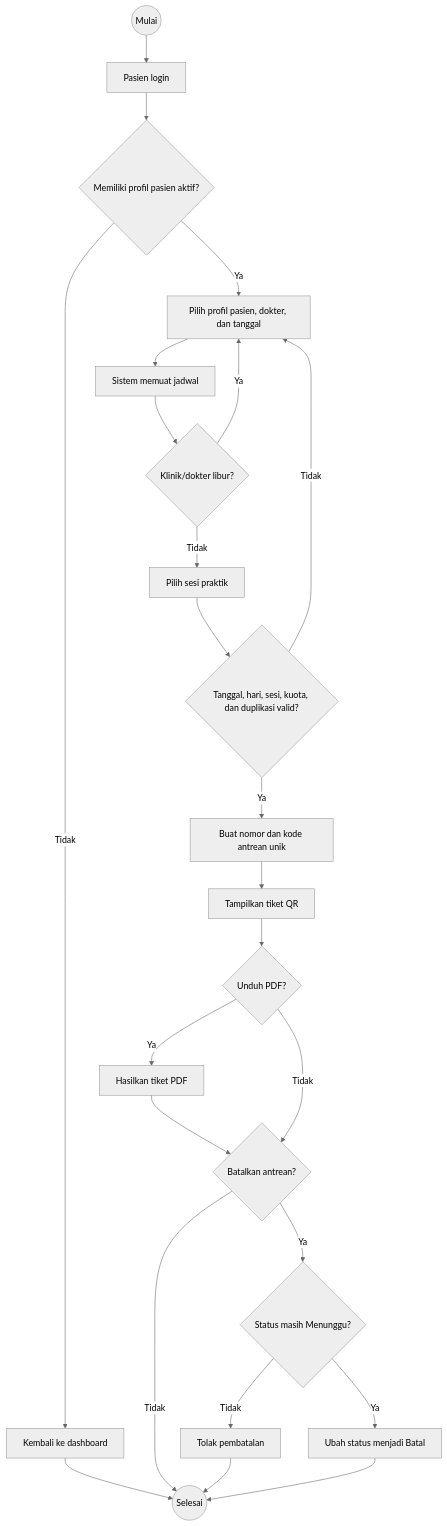
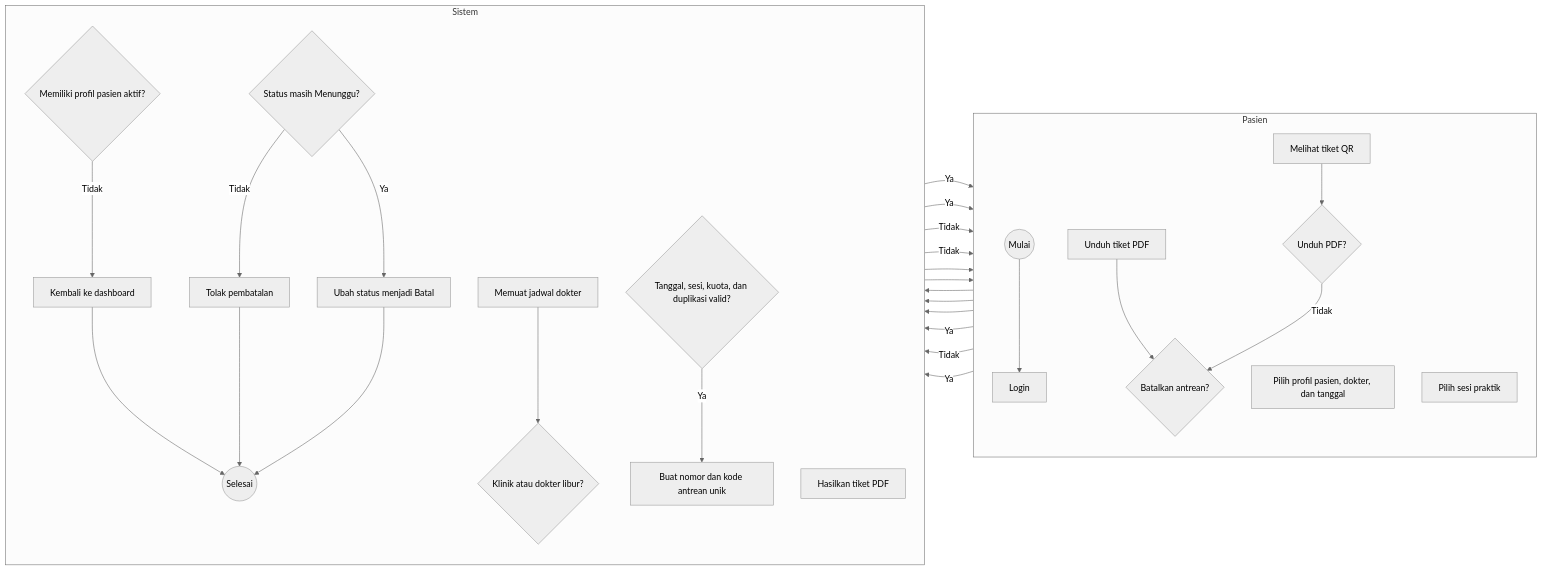
Before and after one commit to Faathir81/Sistem-Informasi-Klinik: the third of 7 diagrams in dokumentasi/spesifikasi-proyek/activity-diagrams.md, drawn with Mermaid (neutral theme). The commit also changed other lines of this file, not shown here.

Commit message:
docs: align project specifications and add swimlane activity diagrams

````diff
--- a/dokumentasi/spesifikasi-proyek/activity-diagrams.md
+++ b/dokumentasi/spesifikasi-proyek/activity-diagrams.md
@@ -51,22 +96,43 @@
 ```mermaid
-flowchart TD
-    start((Mulai)) --> login[Pasien login]
-    login --> profile{Memiliki profil pasien aktif?}
-    profile -- Tidak --> dashboard[Kembali ke dashboard] --> finish((Selesai))
-    profile -- Ya --> choose[Pilih profil pasien, dokter, dan tanggal]
-    choose --> schedule[Sistem memuat jadwal]
-    schedule --> holiday{Klinik/dokter libur?}
+flowchart LR
+    subgraph pasienLane["Pasien"]
+        direction TB
+        start((Mulai))
+        login[Login]
+        choose[Pilih profil pasien, dokter, dan tanggal]
+        select[Pilih sesi praktik]
+        ticket[Melihat tiket QR]
+        pdf{Unduh PDF?}
+        download[Unduh tiket PDF]
+        cancel{Batalkan antrean?}
+    end
+
+    subgraph sistemLane["Sistem"]
+        direction TB
+        profile{Memiliki profil pasien aktif?}
+        dashboard[Kembali ke dashboard]
+        schedule[Memuat jadwal dokter]
+        holiday{Klinik atau dokter libur?}
+        validate{Tanggal, sesi, kuota, dan duplikasi valid?}
+        queue[Buat nomor dan kode antrean unik]
+        generatePdf[Hasilkan tiket PDF]
+        waiting{Status masih Menunggu?}
+        error[Tolak pembatalan]
+        cancelled[Ubah status menjadi Batal]
+        finish((Selesai))
+    end
+
+    start --> login --> profile
+    profile -- Tidak --> dashboard --> finish
+    profile -- Ya --> choose --> schedule --> holiday
     holiday -- Ya --> choose
-    holiday -- Tidak --> select[Pilih sesi praktik]
-    select --> validate{Tanggal, hari, sesi, kuota, dan duplikasi valid?}
+    holiday -- Tidak --> select --> validate
     validate -- Tidak --> choose
-    validate -- Ya --> queue[Buat nomor dan kode antrean unik]
-    queue --> ticket[Tampilkan tiket QR]
-    ticket --> pdf{Unduh PDF?}
-    pdf -- Ya --> download[Hasilkan tiket PDF] --> cancel
-    pdf -- Tidak --> cancel{Batalkan antrean?}
+    validate -- Ya --> queue --> ticket --> pdf
+    pdf -- Ya --> generatePdf --> download --> cancel
+    pdf -- Tidak --> cancel
     cancel -- Tidak --> finish
-    cancel -- Ya --> waiting{Status masih Menunggu?}
-    waiting -- Tidak --> error[Tolak pembatalan] --> finish
-    waiting -- Ya --> cancelled[Ubah status menjadi Batal] --> finish
+    cancel -- Ya --> waiting
+    waiting -- Tidak --> error --> finish
+    waiting -- Ya --> cancelled --> finish
 ```
````
